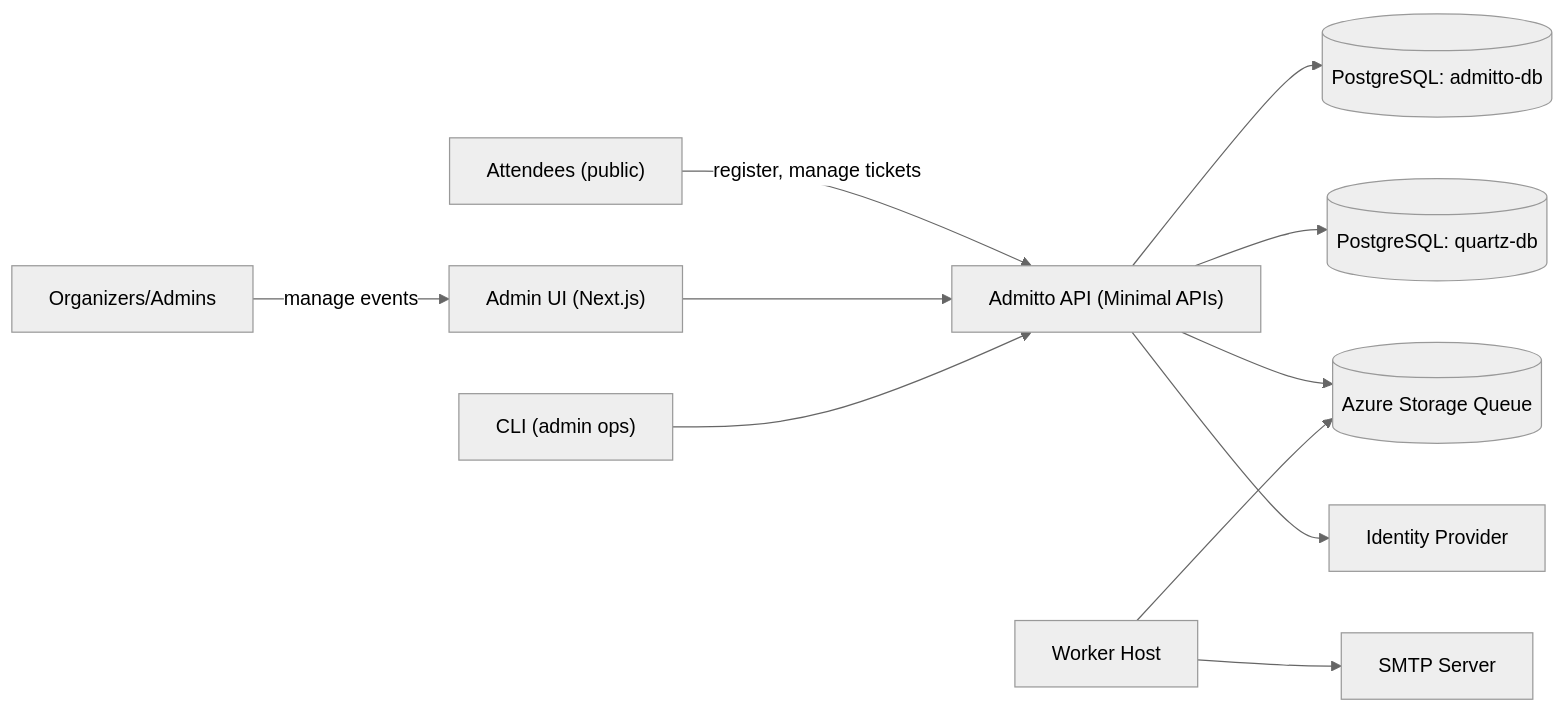
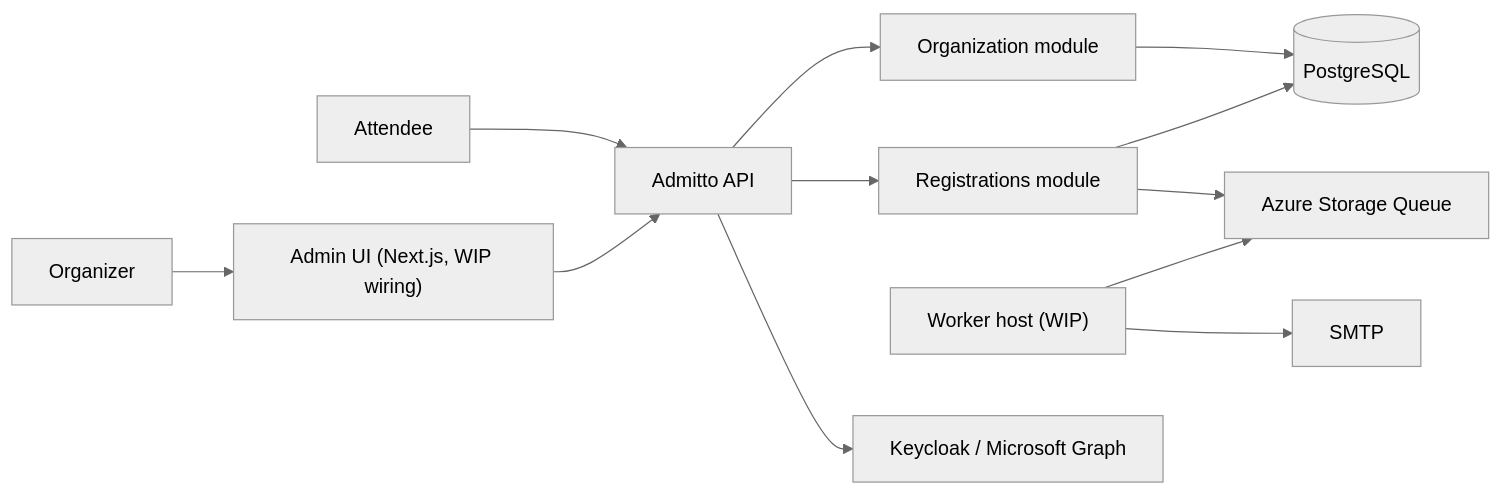
The first of 3 diagrams in docs/README.md (amolenk/Admitto), drawn with Mermaid (neutral theme) before and after one commit. The commit also changed other lines of this file and 140 other files, not shown here.

````diff
--- a/docs/README.md
+++ b/docs/README.md
@@ -48,13 +50,14 @@
 ```mermaid
 flowchart LR
-  Attendees["Attendees (public)"] -->|register, manage tickets| Api["Admitto API (Minimal APIs)"]
-  Organizers["Organizers/Admins"] -->|manage events| Ui["Admin UI (Next.js)"]
-  Ui --> Api
-  Cli["CLI (admin ops)"] --> Api
-  Api --> Db[("PostgreSQL: admitto-db")]
-  Api --> Quartz[("PostgreSQL: quartz-db")]
-  Api --> Queue[("Azure Storage Queue")]
-  Api --> Idp["Identity Provider"]
-  Worker["Worker Host"] --> Queue
-  Worker --> Smtp["SMTP Server"]
+  Organizer["Organizer"] --> AdminUi["Admin UI (Next.js, WIP wiring)"]
+  Attendee["Attendee"] --> Api["Admitto API"]
+  AdminUi --> Api
+  Api --> Org["Organization module"]
+  Api --> Reg["Registrations module"]
+  Org --> Db[("PostgreSQL")]
+  Reg --> Db
+  Reg --> Queue["Azure Storage Queue"]
+  Worker["Worker host (WIP)"] --> Queue
+  Worker --> Smtp["SMTP"]
+  Api --> IdP["Keycloak / Microsoft Graph"]
 ```
````
